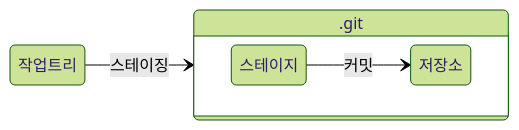
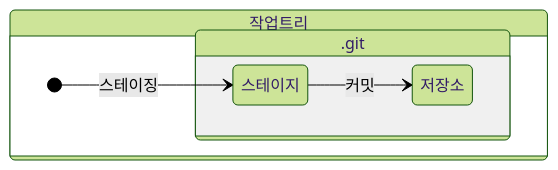
Before and after one commit to mingimouse/Git-Study: the diagram in git04.md, drawn with Mermaid (forest theme).

````diff
--- a/git04.md
+++ b/git04.md
@@ -23,9 +23,12 @@
 ```mermaid
 stateDiagram
 	direction LR
-	작업트리 --> .git: 스테이징
-	state .git{
+	state 작업트리{
 		direction LR
-		스테이지 --> 저장소: 커밋
+		[*] --> 스테이지: 스테이징
+		state .git{
+			direction LR
+			스테이지 --> 저장소: 커밋
+		}
 	}
 ```
````
